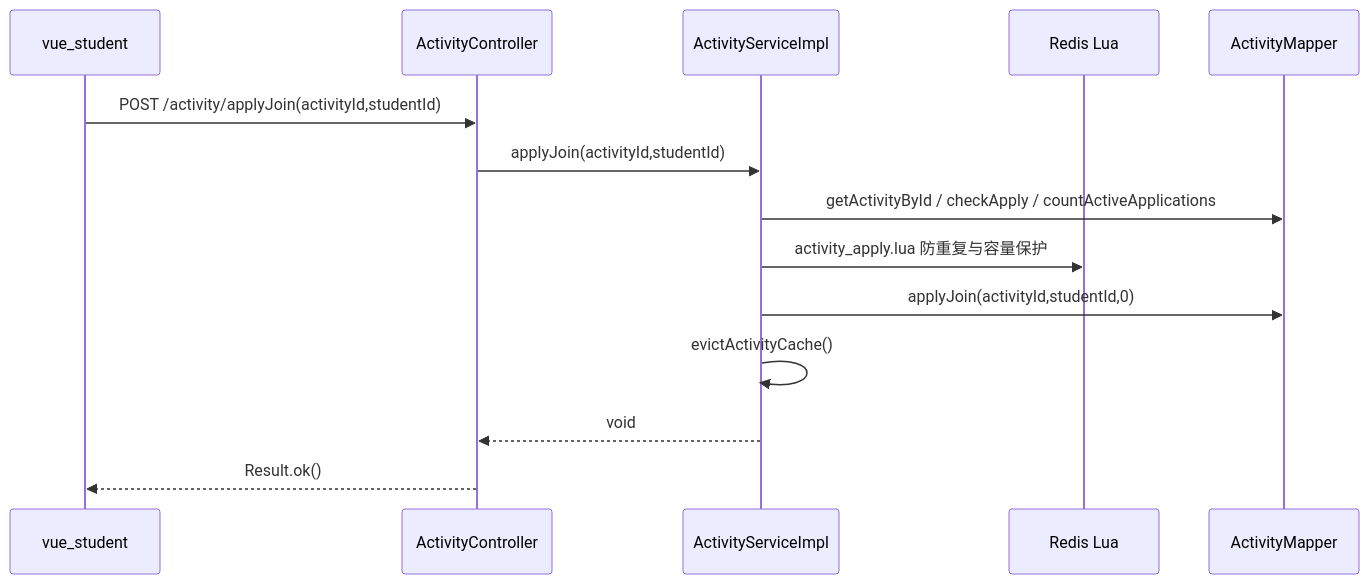
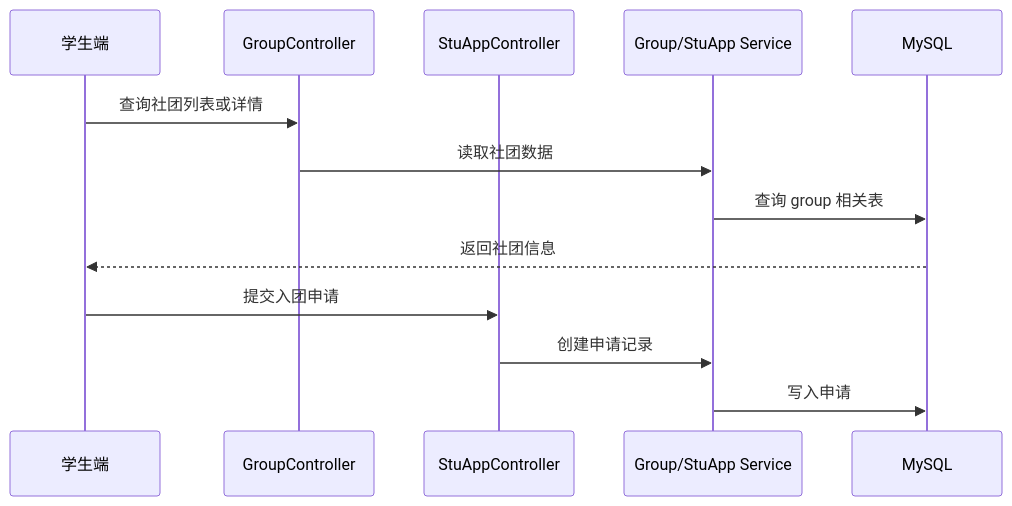
Before and after one commit to minislother/Digital-Hundred-Groups-Club: the third of 4 diagrams in .codex/rules/ai-readme/generated/核心流程.md, drawn with Mermaid. The commit also changed other lines of this file and 87 other files, not shown here.

````diff
--- a/.codex/rules/ai-readme/generated/核心流程.md
+++ b/.codex/rules/ai-readme/generated/核心流程.md
@@ -45,16 +67,15 @@
 ```mermaid
 sequenceDiagram
- participant Client as vue_student
- participant Controller as ActivityController
- participant Service as ActivityServiceImpl
- participant Redis as Redis Lua
- participant Mapper as ActivityMapper
- Client->>Controller: POST /activity/applyJoin(activityId,studentId)
- Controller->>Service: applyJoin(activityId,studentId)
- Service->>Mapper: getActivityById / checkApply / countActiveApplications
- Service->>Redis: activity_apply.lua 防重复与容量保护
- Service->>Mapper: applyJoin(activityId,studentId,0)
- Service->>Service: evictActivityCache()
- Service-->>Controller: void
- Controller-->>Client: Result.ok()
+  participant Student as 学生端
+  participant Group as GroupController
+  participant App as StuAppController
+  participant Service as Group/StuApp Service
+  participant DB as MySQL
+  Student->>Group: 查询社团列表或详情
+  Group->>Service: 读取社团数据
+  Service->>DB: 查询 group 相关表
+  DB-->>Student: 返回社团信息
+  Student->>App: 提交入团申请
+  App->>Service: 创建申请记录
+  Service->>DB: 写入申请
 ```
````
